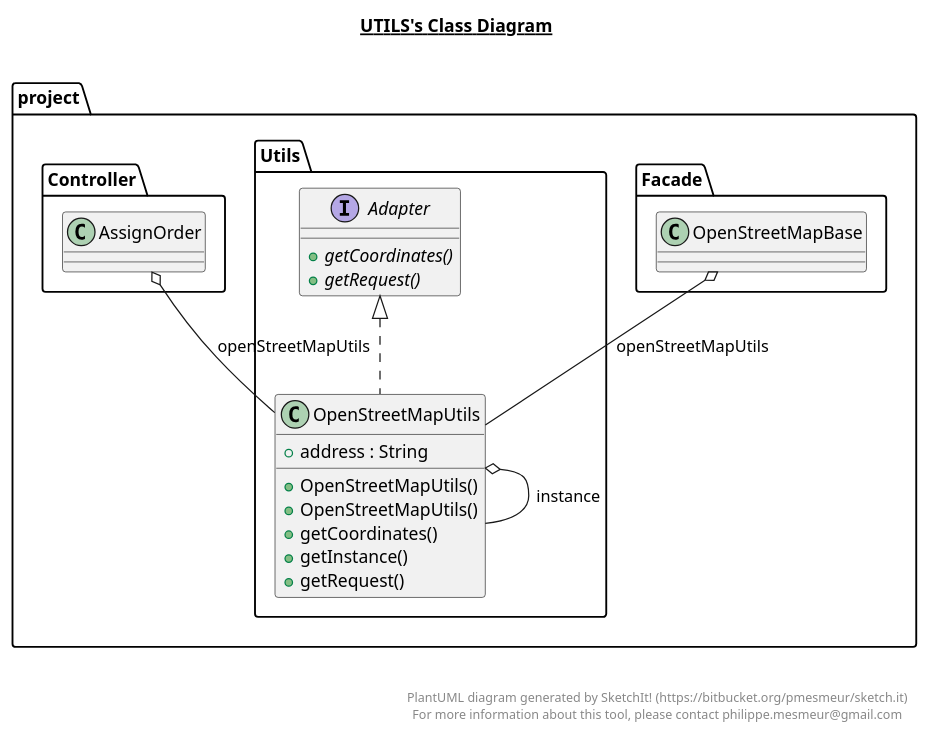
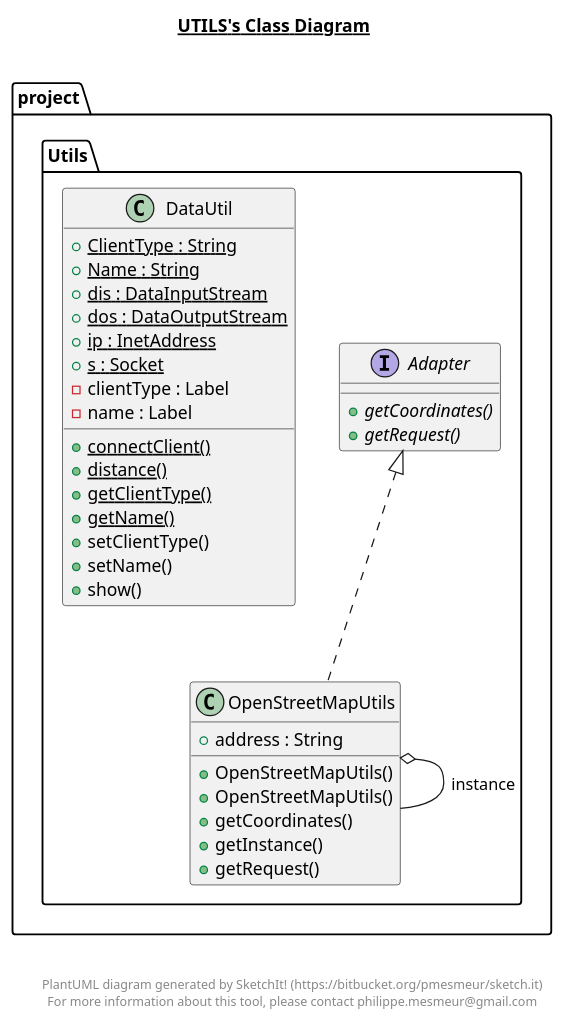
Before and after one commit to kplusa/Firma-Transportowa: the diagram in src/project/Utils/Utils.plantuml, drawn with PlantUML. The commit also changed 14 other files, not shown here.

```diff
--- a/src/project/Utils/Utils.plantuml
+++ b/src/project/Utils/Utils.plantuml
@@ -1,42 +1,63 @@
 @startuml
 
 title __UTILS's Class Diagram__\n
 
   namespace project {
     namespace Utils {
       interface project.Utils.Adapter {
           {abstract} + getCoordinates()
           {abstract} + getRequest()
       }
     }
   }
+  
 
+  namespace project {
+    namespace Utils {
+      class project.Utils.DataUtil {
+          {static} + ClientType : String
+          {static} + Name : String
+          {static} + dis : DataInputStream
+          {static} + dos : DataOutputStream
+          {static} + ip : InetAddress
+          {static} + s : Socket
+          - clientType : Label
+          - name : Label
+          {static} + connectClient()
+          {static} + distance()
+          {static} + getClientType()
+          {static} + getName()
+          + setClientType()
+          + setName()
+          + show()
+      }
+    }
+  }
   
 
   namespace project {
     namespace Utils {
       class project.Utils.OpenStreetMapUtils {
           + address : String
           + OpenStreetMapUtils()
           + OpenStreetMapUtils()
           + getCoordinates()
           + getInstance()
           + getRequest()
       }
     }
   }
   
 
   project.Utils.OpenStreetMapUtils .up.|> project.Utils.Adapter
   project.Utils.OpenStreetMapUtils o-- project.Utils.OpenStreetMapUtils : instance
-project.Facade.OpenStreetMapBase o-- project.Utils.OpenStreetMapUtils : openStreetMapUtils
-project.Controller.AssignOrder o-- project.Utils.OpenStreetMapUtils : openStreetMapUtils
+
 
 right footer
 
 
 PlantUML diagram generated by SketchIt! (https://bitbucket.org/pmesmeur/sketch.it)
 For more information about this tool, please contact philippe.mesmeur@gmail.com
 endfooter
 
 @enduml
```
